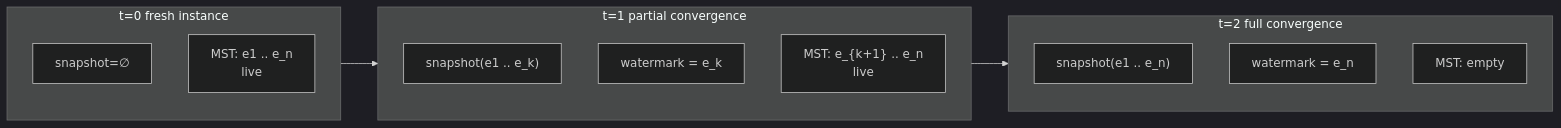
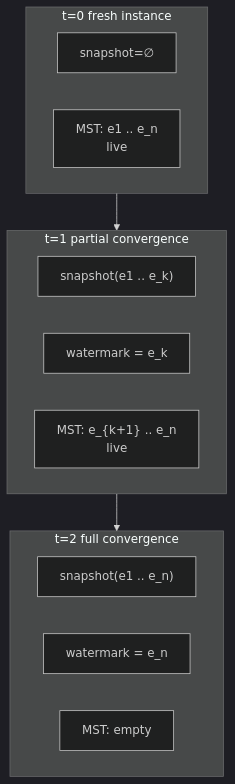
One commit to bondy-io/bondy_mst changed the first of 13 diagrams in doc_extras/architecture/06_compaction_and_bootstrap.md. Above: the diagram before and after it, drawn with Mermaid (dark theme). The commit also changed 17 other files, not shown here.

Commit message:
architecture improvements and updated docs + bondy_mst_admin

````diff
--- a/doc_extras/architecture/06_compaction_and_bootstrap.md
+++ b/doc_extras/architecture/06_compaction_and_bootstrap.md
@@ -28,19 +28,19 @@
 ```mermaid
-flowchart LR
+flowchart TD
     subgraph T0["t=0 fresh instance"]
         S0["snapshot=∅"]
         M0["MST: e1 .. e_n<br/>live"]
     end
     subgraph T1["t=1 partial convergence"]
         S1["snapshot(e1 .. e_k)"]
         W1["watermark = e_k"]
         M1["MST: e_{k+1} .. e_n<br/>live"]
     end
     subgraph T2["t=2 full convergence"]
         S2["snapshot(e1 .. e_n)"]
         W2["watermark = e_n"]
         M2["MST: empty"]
     end
 
     T0 --> T1 --> T2
 ```
````
